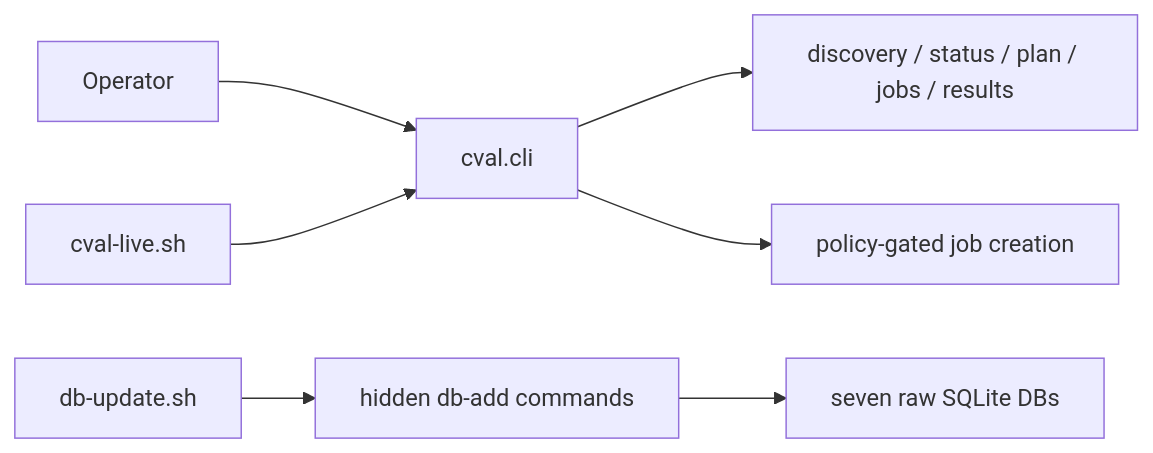
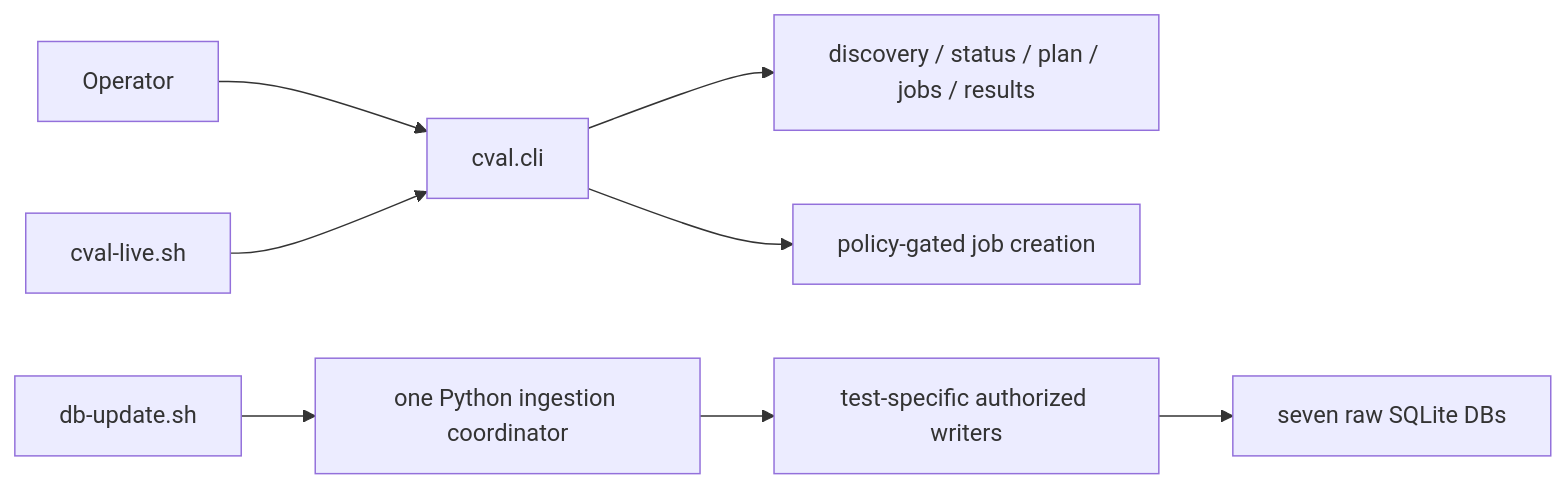
One commit to IamNirmata/c-val changed the first of 2 diagrams in docs/components_design/cli-design.md. Above: the diagram before and after it, drawn with Mermaid. The commit also changed other lines of this file and 32 other files, not shown here.

Commit message:
Simplify job planning and raw ingestion; retire obsolete material

````diff
--- a/docs/components_design/cli-design.md
+++ b/docs/components_design/cli-design.md
@@ -35,9 +130,10 @@
 ```mermaid
 flowchart LR
     Operator --> CLI[cval.cli]
     Live[cval-live.sh] --> CLI
     CLI --> Read[discovery / status / plan / jobs / results]
     CLI --> Submit[policy-gated job creation]
-    Pod[db-update.sh] --> Hidden[hidden db-add commands]
-    Hidden --> Raw[seven raw SQLite DBs]
+    Pod[db-update.sh] --> Ingest[one Python ingestion coordinator]
+    Ingest --> Writers[test-specific authorized writers]
+    Writers --> Raw[seven raw SQLite DBs]
 ```
````
